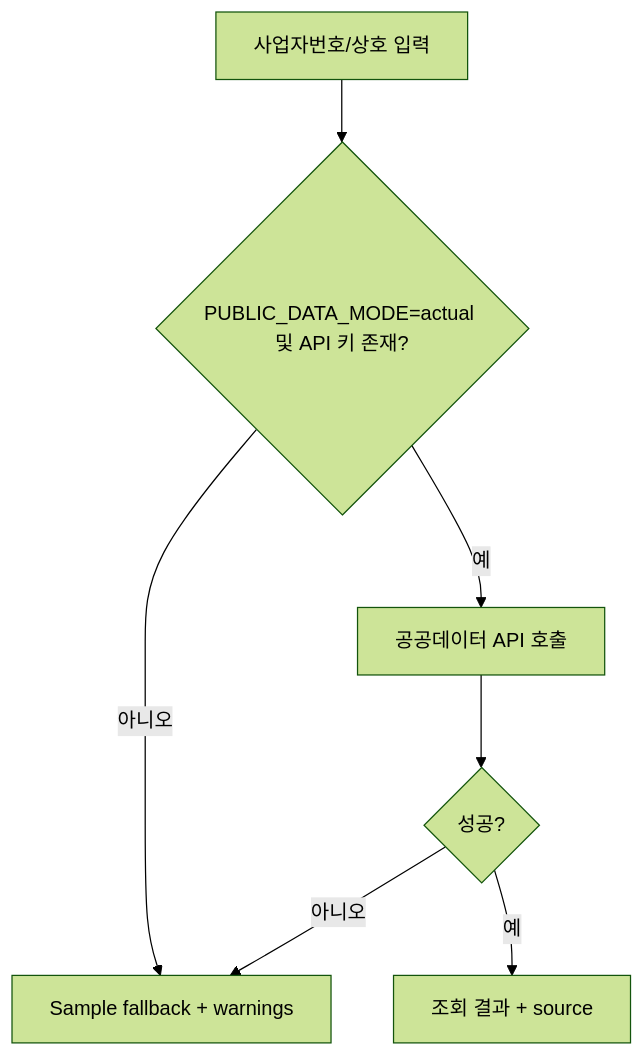
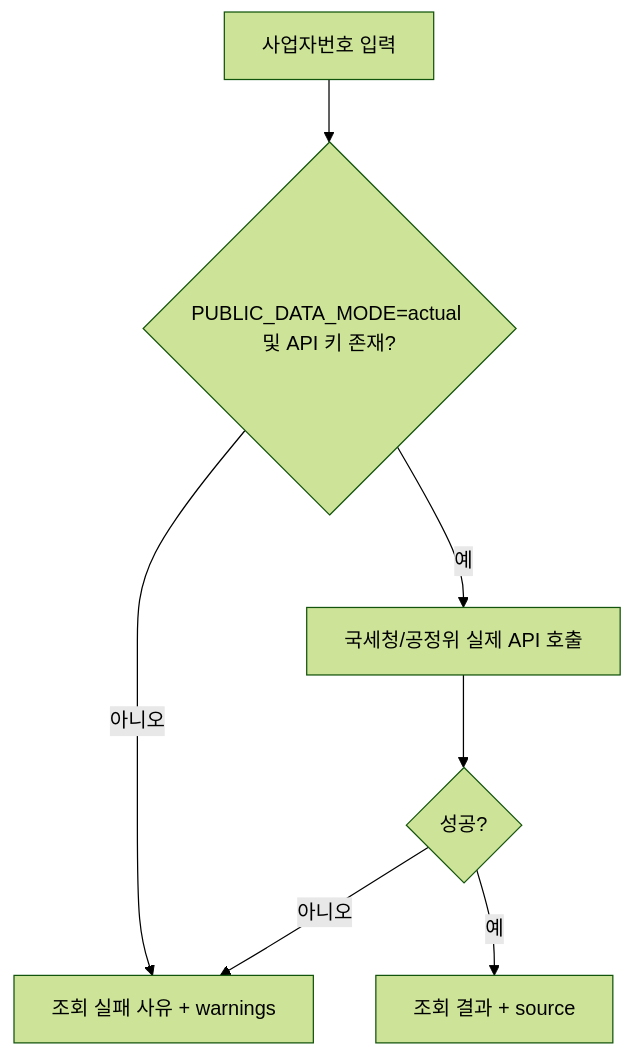
One commit to jiwon-5570/talk-safeguard-mcp changed the second of 2 diagrams in ARCHITECTURE.md. Above: the diagram before and after it, drawn with Mermaid (forest theme). The commit also changed other lines of this file and 14 other files, not shown here.

Commit message:
feat: use actual public data sources

````diff
--- a/ARCHITECTURE.md
+++ b/ARCHITECTURE.md
@@ -36,9 +36,9 @@
 ```mermaid
 flowchart TD
-  I[사업자번호/상호 입력] --> D{PUBLIC_DATA_MODE=actual 및 API 키 존재?}
-  D -- 아니오 --> F[Sample fallback + warnings]
-  D -- 예 --> P[공공데이터 API 호출]
+  I[사업자번호 입력] --> D{PUBLIC_DATA_MODE=actual 및 API 키 존재?}
+  D -- 아니오 --> F[조회 실패 사유 + warnings]
+  D -- 예 --> P[국세청/공정위 실제 API 호출]
   P --> O{성공?}
   O -- 예 --> V[조회 결과 + source]
   O -- 아니오 --> F
 ```
````
